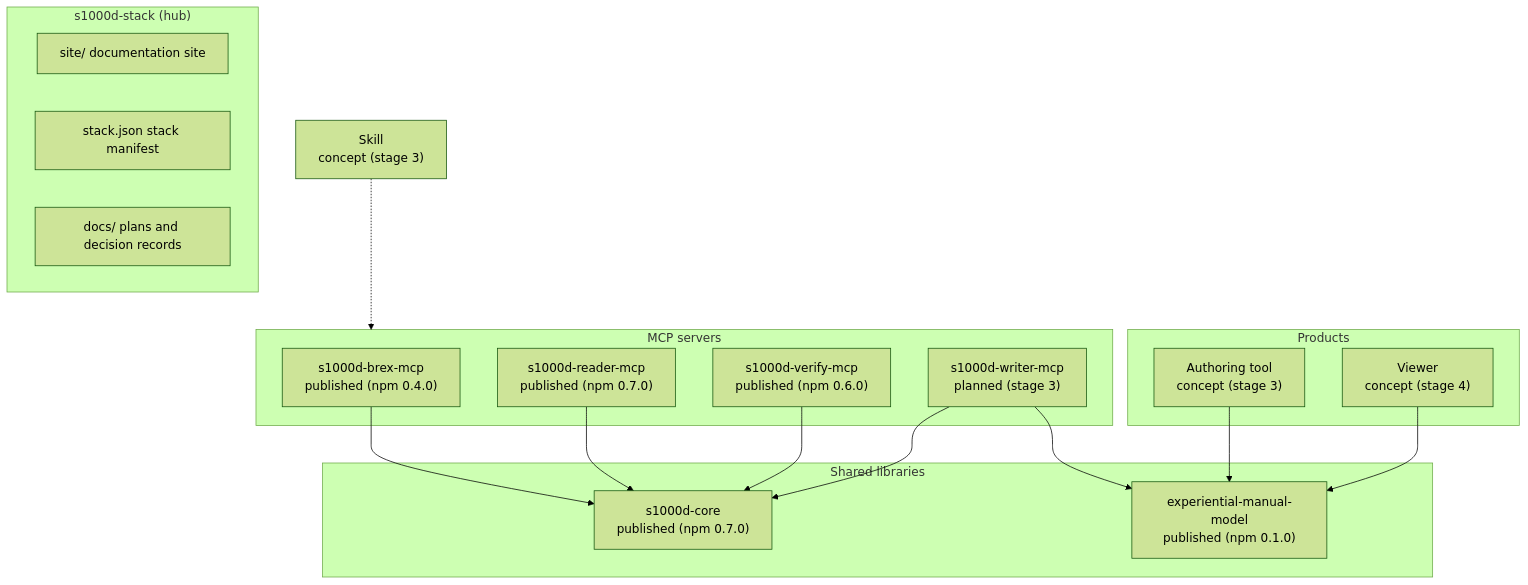
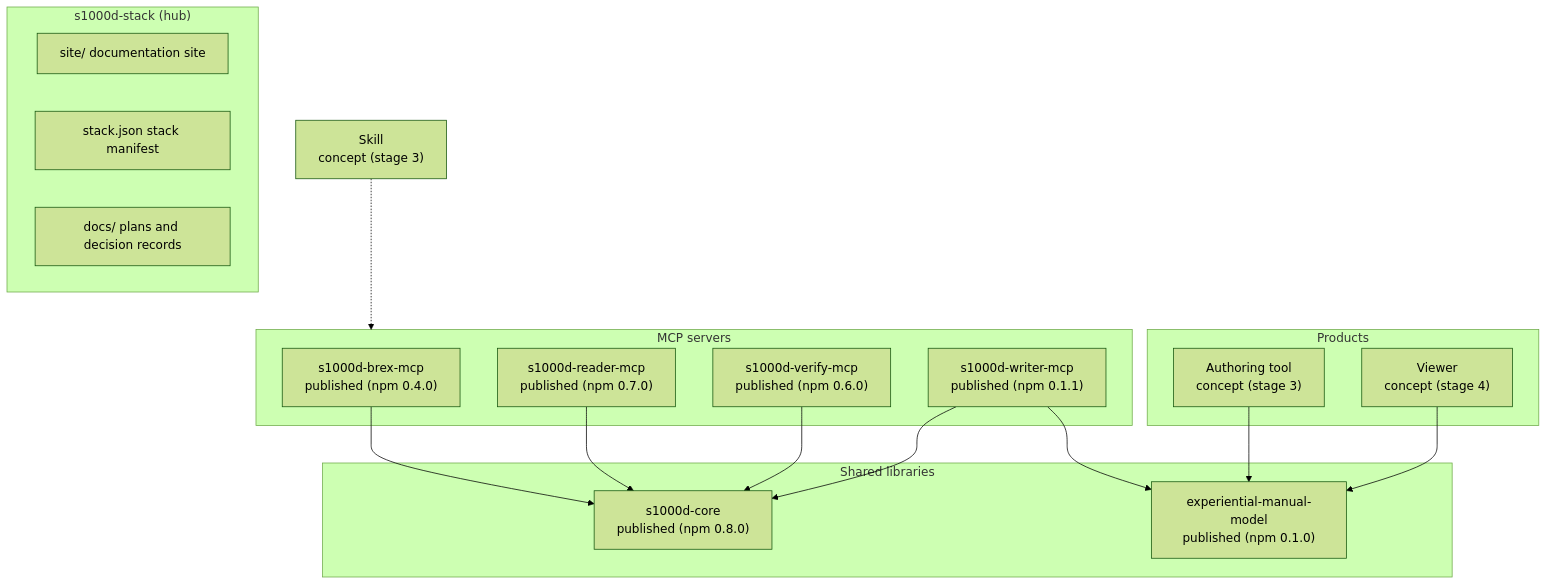
One commit to shuji-bonji/s1000d-stack changed the diagram in site/src/content/docs/guide/architecture.md. Above: the diagram before and after it, drawn with Mermaid (forest theme). The commit also changed other lines of this file and 24 other files, not shown here.

Commit message:
fix:  s1000d-writer-mcp リリースとv0.1.1への追随

````diff
--- a/site/src/content/docs/guide/architecture.md
+++ b/site/src/content/docs/guide/architecture.md
@@ -10,31 +10,31 @@
 ```mermaid
 flowchart TB
   subgraph Hub["s1000d-stack (hub)"]
     SITE["site/ documentation site"]
     STACK["stack.json stack manifest"]
     DOCS["docs/ plans and decision records"]
   end
   subgraph Lib["Shared libraries"]
-    CORE["s1000d-core<br/>published (npm 0.7.0)"]
+    CORE["s1000d-core<br/>published (npm 0.8.0)"]
     MODEL["experiential-manual-model<br/>published (npm 0.1.0)"]
   end
   subgraph Mcp["MCP servers"]
     BREX["s1000d-brex-mcp<br/>published (npm 0.4.0)"]
     R["s1000d-reader-mcp<br/>published (npm 0.7.0)"]
     V["s1000d-verify-mcp<br/>published (npm 0.6.0)"]
-    W["s1000d-writer-mcp<br/>planned (stage 3)"]
+    W["s1000d-writer-mcp<br/>published (npm 0.1.1)"]
   end
   subgraph App["Products"]
     ED["Authoring tool<br/>concept (stage 3)"]
     VW["Viewer<br/>concept (stage 4)"]
   end
   SK["Skill<br/>concept (stage 3)"]
   BREX --> CORE
   R --> CORE
   V --> CORE
   W --> CORE
   W --> MODEL
   ED --> MODEL
   VW --> MODEL
   SK -.-> Mcp
 ```
````
